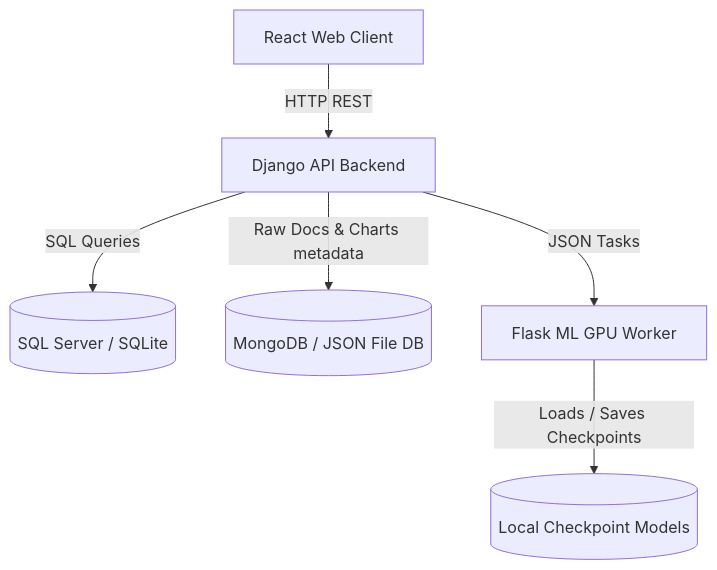
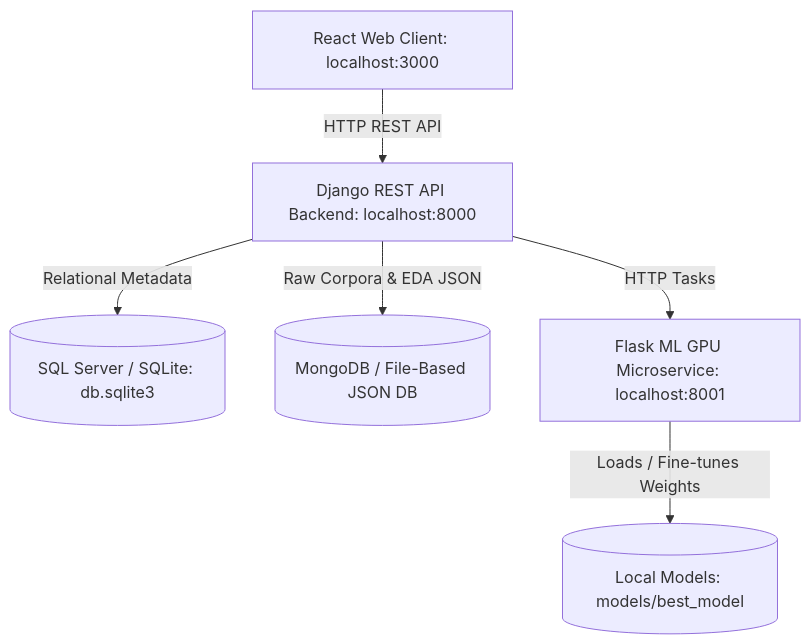
One commit to mikhailemad999/Machine-Translator-from-English-to-Arabic changed the diagram in DOCUMENTATION.md. Above: the diagram before and after it, drawn with Mermaid. The commit also changed other lines of this file and 61 other files, not shown here.

````diff
--- a/DOCUMENTATION.md
+++ b/DOCUMENTATION.md
@@ -26,8 +22,8 @@
 ```mermaid
 graph TD
-    A[React Web Client] -->|HTTP REST| B[Django API Backend]
-    B -->|SQL Queries| C[(SQL Server / SQLite)]
-    B -->|Raw Docs & Charts metadata| D[(MongoDB / JSON File DB)]
-    B -->|JSON Tasks| E[Flask ML GPU Worker]
-    E -->|Loads / Saves Checkpoints| F[(Local Checkpoint Models)]
+    A[React Web Client: localhost:3000] -->|HTTP REST API| B[Django REST API Backend: localhost:8000]
+    B -->|Relational Metadata| C[(SQL Server / SQLite: db.sqlite3)]
+    B -->|Raw Corpora & EDA JSON| D[(MongoDB / File-Based JSON DB)]
+    B -->|HTTP Tasks| E[Flask ML GPU Microservice: localhost:8001]
+    E -->|Loads / Fine-tunes Weights| F[(Local Models: models/best_model)]
 ```
````
